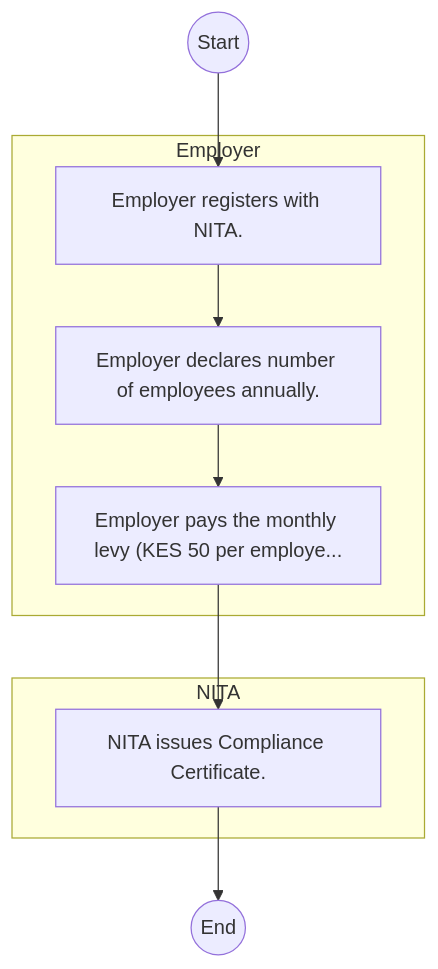
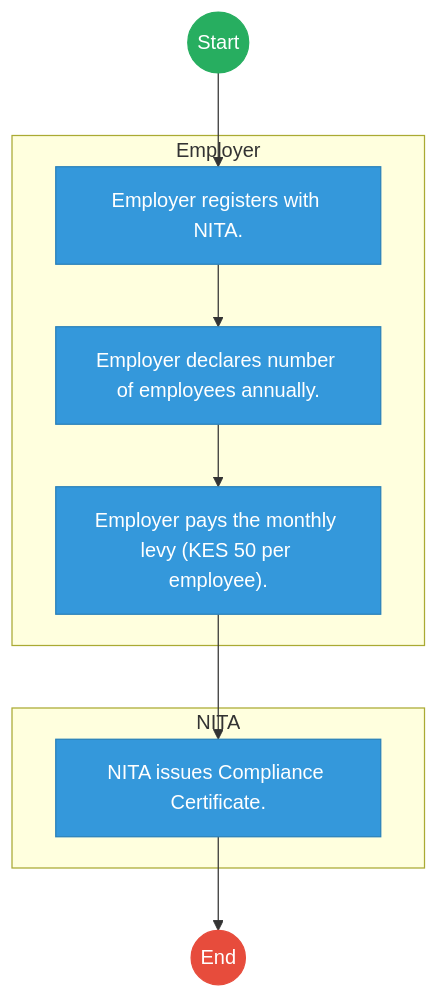
One commit to BITZ-IT-Consulting-LTD/ictapoc changed the first of 2 diagrams in mdas/docs_final/National_Industrial_Training_Authority___Service_Delivery.md. Above: the diagram before and after it, drawn with Mermaid. The commit also changed other lines of this file and 461 other files, not shown here.

````diff
--- a/mdas/docs_final/National_Industrial_Training_Authority___Service_Delivery.md
+++ b/mdas/docs_final/National_Industrial_Training_Authority___Service_Delivery.md
@@ -20,16 +20,27 @@
 ```mermaid
 graph TD
     Start((Start)) --> S1
+
     subgraph Employer [Employer]
         S1["Employer registers with NITA."]
         S2["Employer declares number of employees annually."]
-        S3["Employer pays the monthly levy (KES 50 per employe..."]
+        S3["Employer pays the monthly levy (KES 50 per employee)."]
     end
+
     subgraph NITA [NITA]
         S4["NITA issues Compliance Certificate."]
     end
     S1 --> S2
     S2 --> S3
     S3 --> S4
     S4 --> End((End))
+
+    classDef start fill:#27ae60,stroke:#27ae60,color:#fff;
+    classDef endNode fill:#e74c3c,stroke:#e74c3c,color:#fff;
+    classDef userTask fill:#3498db,stroke:#2980b9,color:#fff;
+    classDef serviceTask fill:#9b59b6,stroke:#8e44ad,color:#fff;
+
+    class Start start;
+    class End endNode;
+    class S1,S2,S3,S4 userTask;
 ```
````
